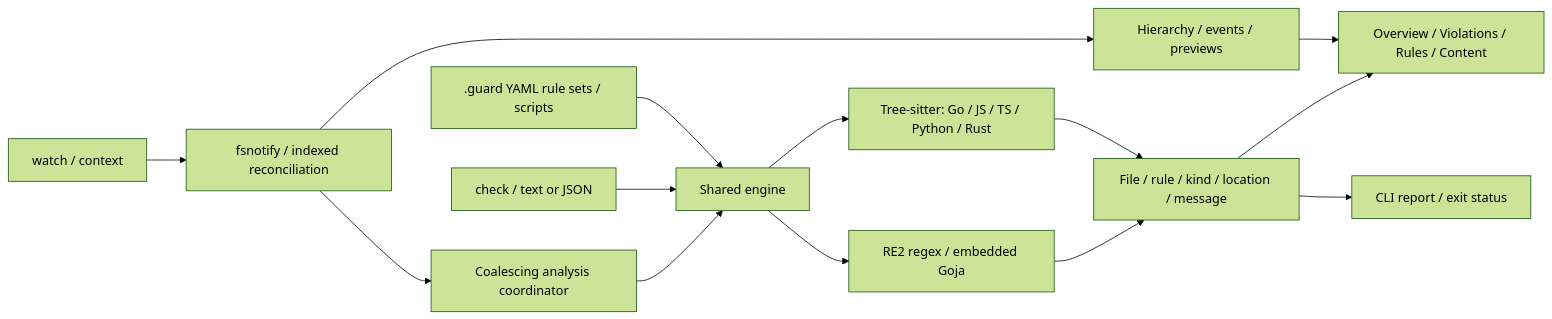
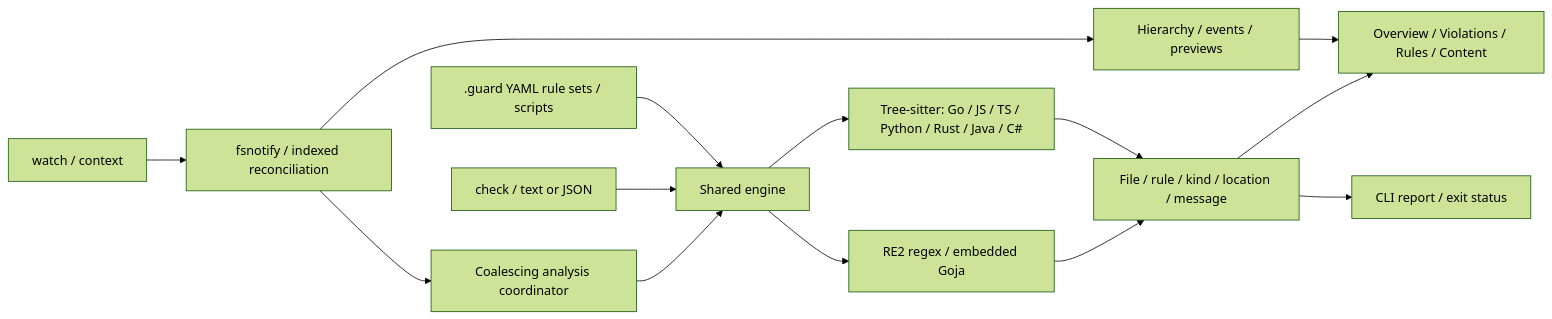
One commit to MoeidHeidari/guardrail changed the diagram in docs/ARCHITECTURE.md. Above: the diagram before and after it, drawn with Mermaid (forest theme). The commit also changed 14 other files, not shown here.

````diff
--- a/docs/ARCHITECTURE.md
+++ b/docs/ARCHITECTURE.md
@@ -13,16 +13,16 @@
 ```mermaid
 flowchart LR
     CLI["watch / context"] --> Watcher["fsnotify / indexed reconciliation"]
     Watcher --> Screen["Hierarchy / events / previews"]
     Watcher --> Live["Coalescing analysis coordinator"]
     Config[".guard YAML rule sets / scripts"] --> Engine["Shared engine"]
     Live --> Engine
     Check["check / text or JSON"] --> Engine
-    Engine --> Parser["Tree-sitter: Go / JS / TS / Python / Rust"]
+    Engine --> Parser["Tree-sitter: Go / JS / TS / Python / Rust / Java / C#"]
     Engine --> Rules["RE2 regex / embedded Goja"]
     Parser --> Report["File / rule / kind / location / message"]
     Rules --> Report
     Report --> UI["Overview / Violations / Rules / Content"]
     Report --> Exit["CLI report / exit status"]
     Screen --> UI
 ```
````
